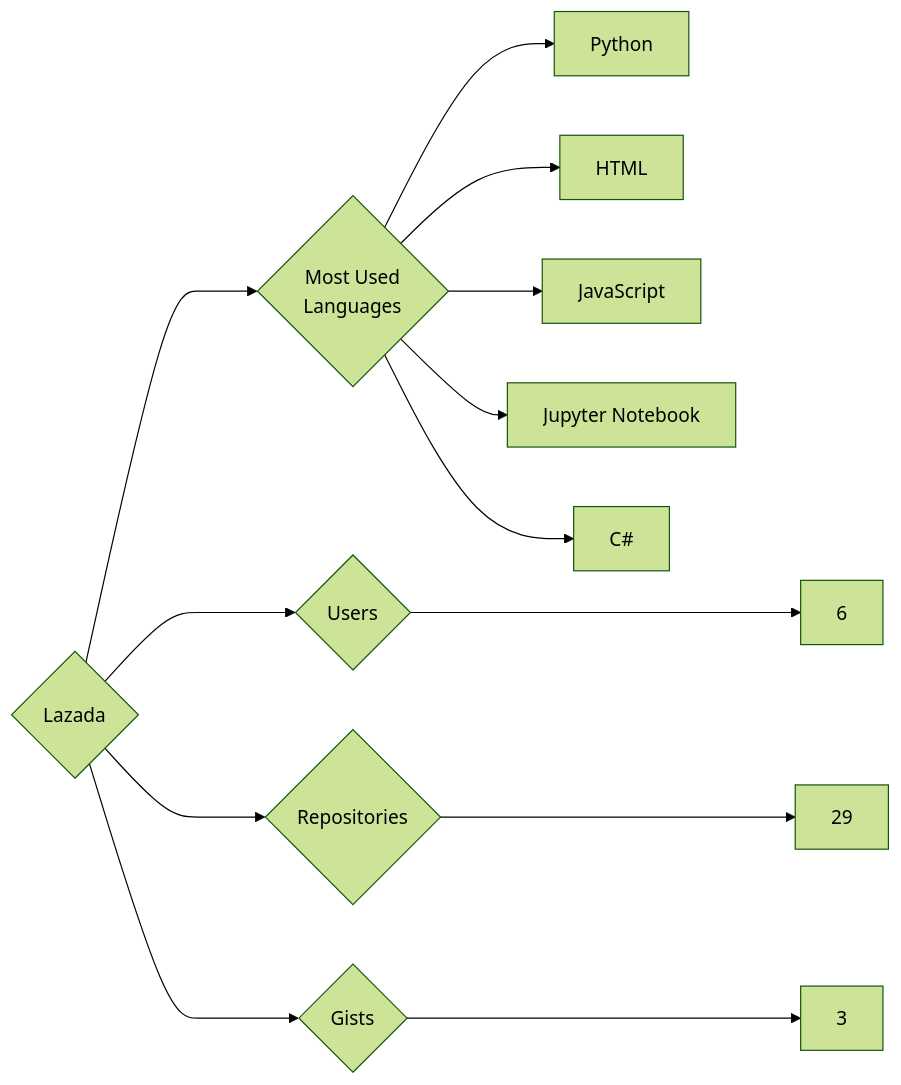
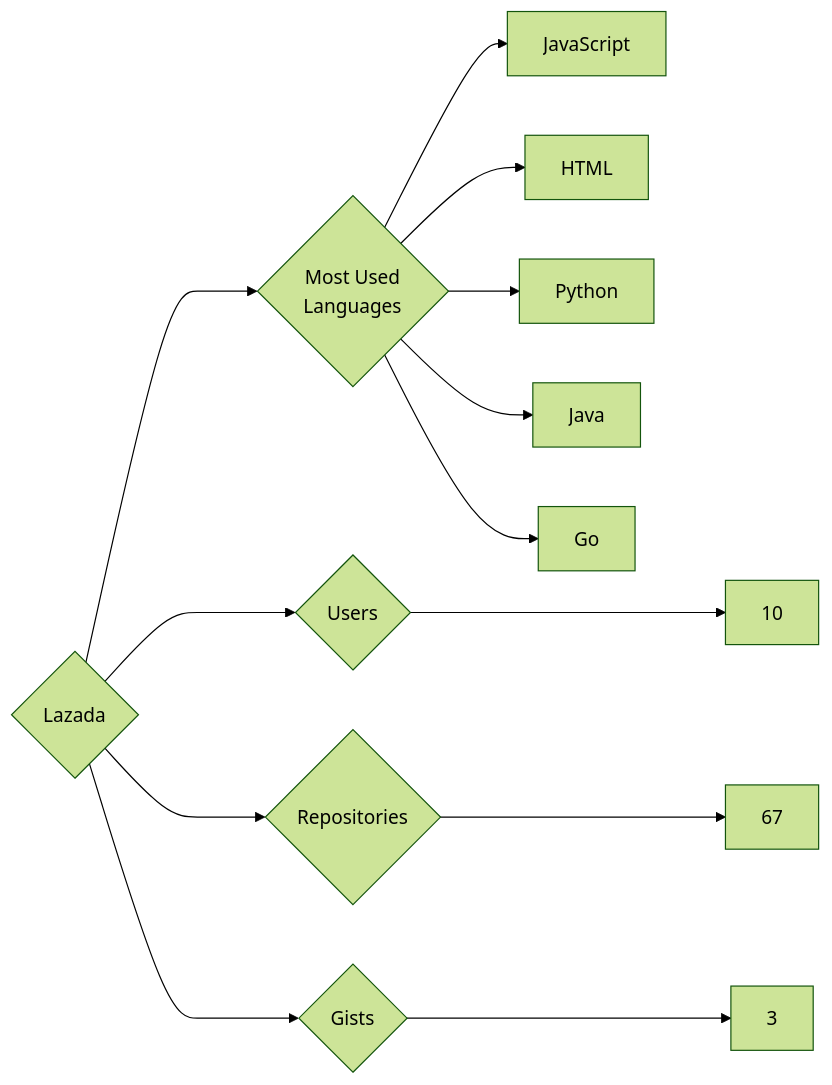
One commit to trickest/insiders changed the diagram in targets/Lazada/README.md. Above: the diagram before and after it, drawn with Mermaid (forest theme). The commit also changed 894 other files, not shown here.

````diff
--- a/targets/Lazada/README.md
+++ b/targets/Lazada/README.md
@@ -3,13 +3,13 @@
 ```mermaid
 graph LR
 COMPANY_NAME{Lazada}
-COMPANY_NAME ---> U{Users} ---> UN[6]
-COMPANY_NAME ---> R{Repositories} ---> RN[29]
+COMPANY_NAME ---> U{Users} ---> UN[10]
+COMPANY_NAME ---> R{Repositories} ---> RN[67]
 COMPANY_NAME ---> G{Gists} ---> GN[3]
 COMPANY_NAME ---> ML{Most Used<br>Languages}
+ML --> JavaScript[JavaScript]
+ML --> HTML[HTML]
 ML --> Python[Python]
-ML --> HTML[HTML]
-ML --> JavaScript[JavaScript]
-ML --> Jupyter_Notebook[Jupyter Notebook]
-ML --> C#[C#]
+ML --> Java[Java]
+ML --> Go[Go]
 ```
````
